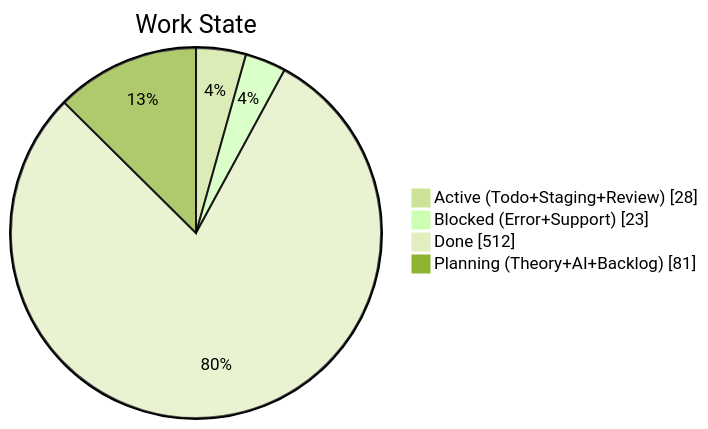
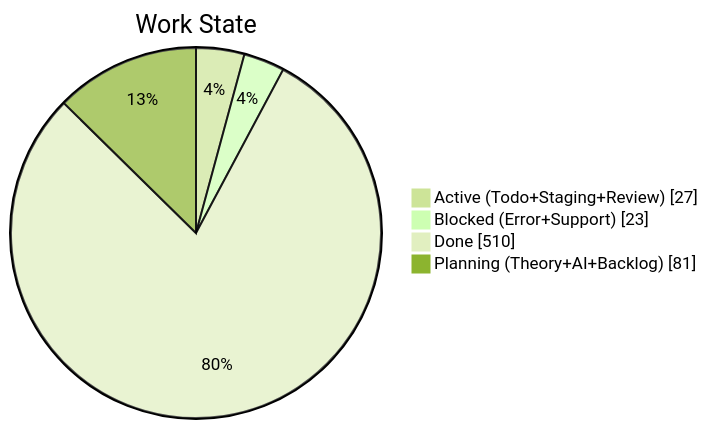
One commit to KBVE/kbve changed the second of 4 diagrams in apps/kbve/astro-kbve/src/content/docs/dashboard/kanban-data.mdx. Above: the diagram before and after it, drawn with Mermaid (forest theme). The commit also changed other lines of this file and 2 other files, not shown here.

````diff
--- a/apps/kbve/astro-kbve/src/content/docs/dashboard/kanban-data.mdx
+++ b/apps/kbve/astro-kbve/src/content/docs/dashboard/kanban-data.mdx
@@ -204,8 +204,8 @@
 ```mermaid
 pie showData
     title Work State
-    "Active (Todo+Staging+Review)" : 28
+    "Active (Todo+Staging+Review)" : 27
     "Blocked (Error+Support)" : 23
-    "Done" : 512
+    "Done" : 510
     "Planning (Theory+AI+Backlog)" : 81
 ```
````
